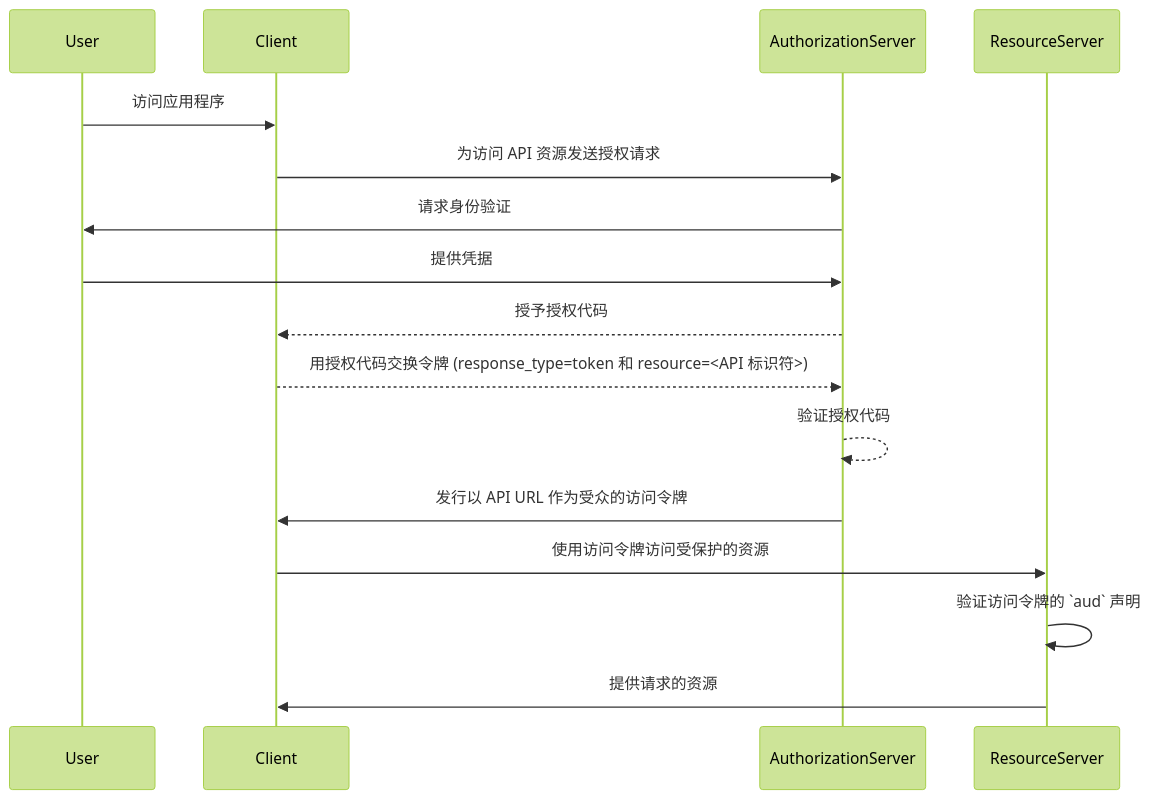
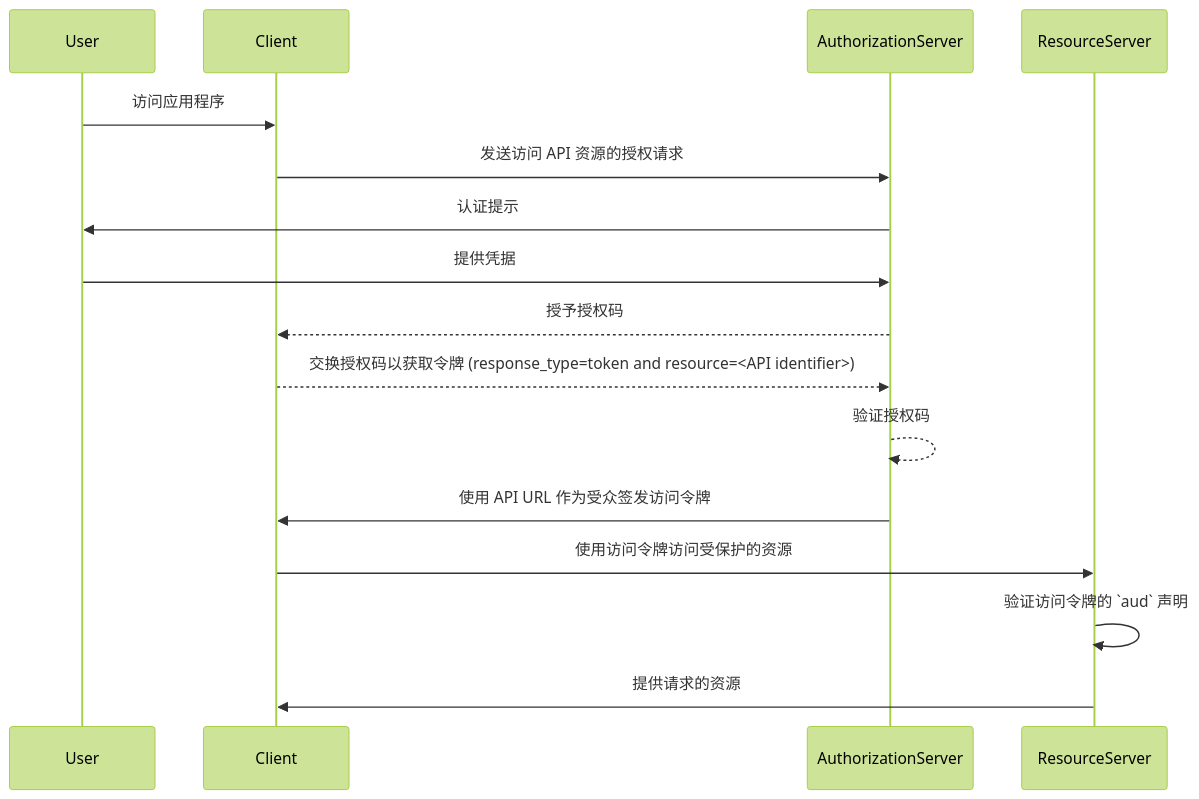
The second of 2 diagrams in src/content/terms/zh/audience.mdx (logto-io/auth-wiki), drawn with Mermaid (forest theme) before and after one commit. The commit also changed other lines of this file and 48 other files, not shown here.

````diff
--- a/src/content/terms/zh/audience.mdx
+++ b/src/content/terms/zh/audience.mdx
@@ -93,19 +93,19 @@
 ```mermaid
 sequenceDiagram
     participant User
     participant Client
     participant AuthorizationServer
     participant ResourceServer
 
     User->>Client: 访问应用程序
-    Client->>AuthorizationServer: 为访问 API 资源发送授权请求
-    AuthorizationServer->>User: 请求身份验证
+    Client->>AuthorizationServer: 发送访问 API 资源的授权请求
+    AuthorizationServer->>User: 认证提示
     User->>AuthorizationServer: 提供凭据
-    AuthorizationServer-->>Client: 授予授权代码
-    Client-->>AuthorizationServer: 用授权代码交换令牌 (response_type=token 和 resource=<API 标识符>)
-    AuthorizationServer-->>AuthorizationServer: 验证授权代码
-    AuthorizationServer->>Client: 发行以 API URL 作为受众的访问令牌
+    AuthorizationServer-->>Client: 授予授权码
+    Client-->>AuthorizationServer: 交换授权码以获取令牌 (response_type=token and resource=<API identifier>)
+    AuthorizationServer-->>AuthorizationServer: 验证授权码
+    AuthorizationServer->>Client: 使用 API URL 作为受众签发访问令牌
     Client->>ResourceServer: 使用访问令牌访问受保护的资源
     ResourceServer->>ResourceServer: 验证访问令牌的 `aud` 声明
     ResourceServer->>Client: 提供请求的资源
 ```
````
